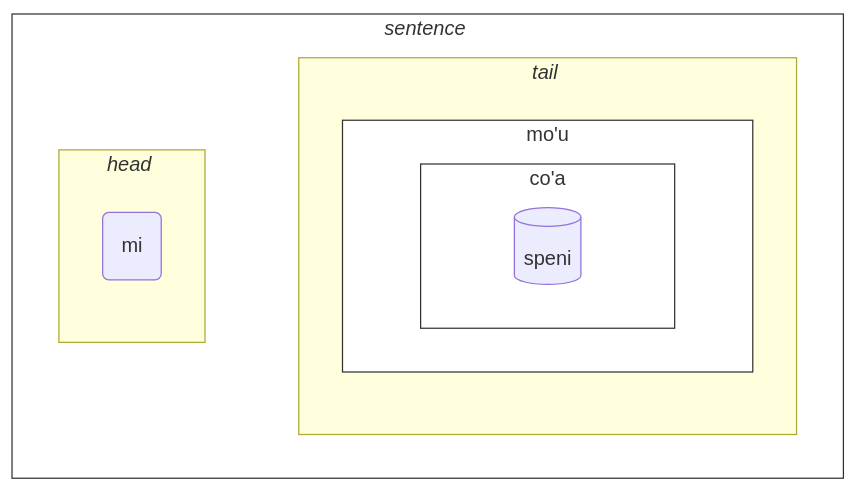
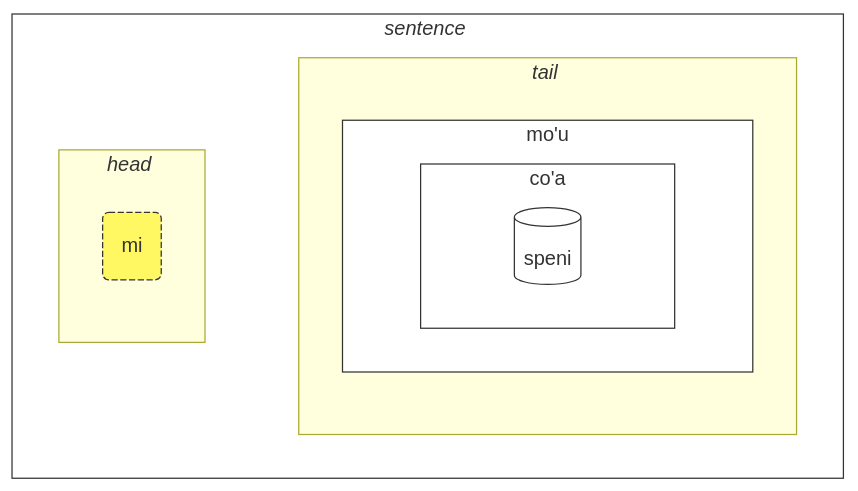
The third of 3 diagrams in data/pages/books/learn-lojban.md (La-Lojban/lojban.pw), drawn with Mermaid before and after one commit.

Commit message:
feat: 🎸 ll content

````diff
--- a/data/pages/books/learn-lojban.md
+++ b/data/pages/books/learn-lojban.md
@@ -3619,29 +3619,32 @@
 ```mermaid
 flowchart LR
     %% common structure:
     subgraph sentence["<i>sentence</i>#nbsp;"]
         direction LR
         head-terms
         tail
     end
     head-terms ~~~ tail
     subgraph head-terms["<i>head</i>#nbsp;"]
         t1
     end
     subgraph tail["<i>tail</i>#nbsp;"]
         subgraph m1["mo'u"]
             subgraph m2["co'a"]
                 brivla
             end
         end
     end
 
     t1(mi)
     brivla[(speni)]
 
     classDef blabi fill:#fff,stroke:#333;
     class m1 blabi;
     class m2 blabi;
     class sentence blabi;
 
+    classDef x fill:#FFF863,stroke:#333,stroke-width:1px,stroke-dasharray: 5 2;
+    class t1 x;
+    class brivla blabi;
 ```
````
